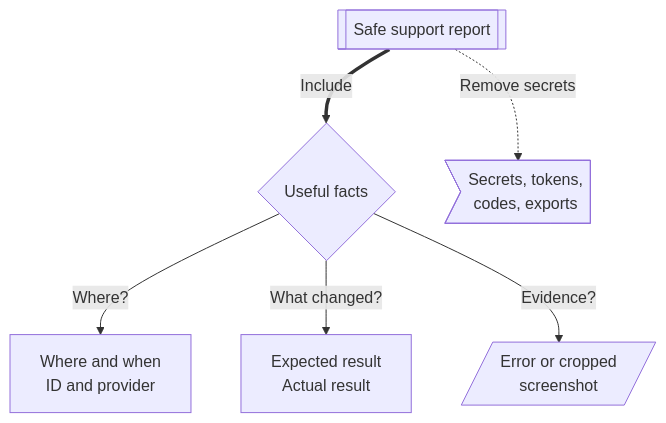
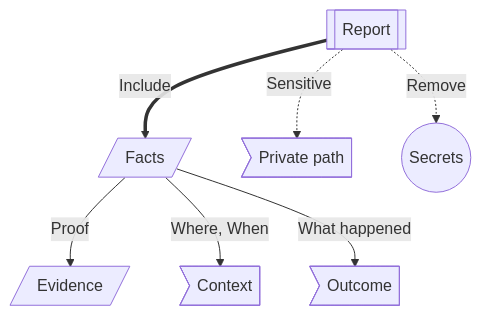
Before and after one commit to ArkanisCorporation/CitizenId-docs: the diagram in docs/players/getting-help.md, drawn with Mermaid. The commit also changed other lines of this file and 7 other files, not shown here.

````diff
--- a/docs/players/getting-help.md
+++ b/docs/players/getting-help.md
@@ -17,21 +21,23 @@
 ```mermaid
 flowchart TD
-  report[["Safe support report"]]
-  useful{"Useful facts"}
-  context["Where and when<br/>ID and provider"]
-  outcome["Expected result<br/>Actual result"]
-  safe[/Error or cropped<br/>screenshot/]
-  private>Secrets, tokens,<br/>codes, exports]
+  report[["Report"]]
+  facts[/Facts/]
+  evidence[/Evidence/]
+  context>Context]
+  outcome>Outcome]
+  private>Private path]
+  unsafe(("Secrets"))
 
-  report ==>|Include| useful
-  useful -->|"Where?"| context
-  useful -->|"What changed?"| outcome
-  useful -->|"Evidence?"| safe
-  report -. "Remove secrets" .-> private
+  report ==>|Include| facts
+  facts -->|"Proof"| evidence
+  facts -->|"Where, When"| context
+  facts -->|"What happened"| outcome
+  report -. "Sensitive" .-> private
+  report -. "Remove" .-> unsafe
 
   class report service;
-  class useful decision;
-  class context,outcome action;
-  class safe data;
-  class private blocked;
+  class facts,evidence data;
+  class context,outcome context;
+  class private caution;
+  class unsafe blocked;
 ```
````
